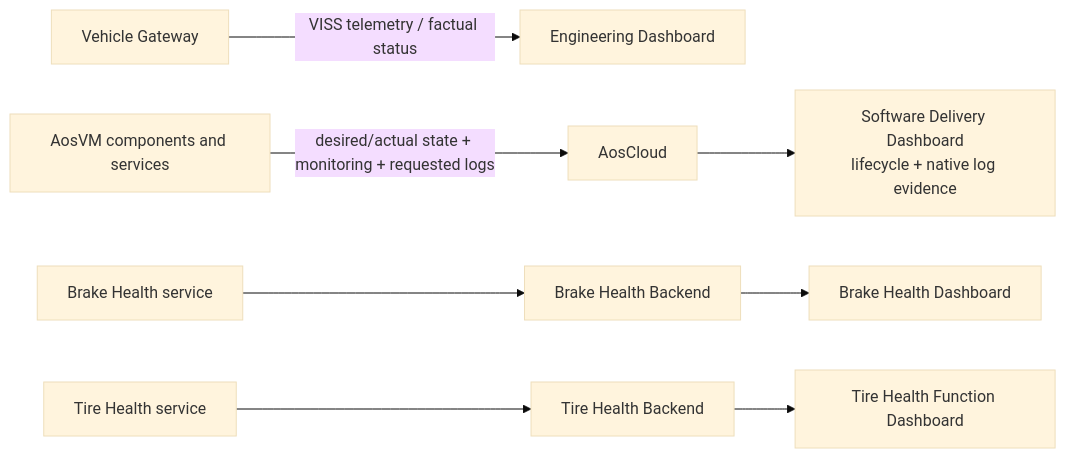
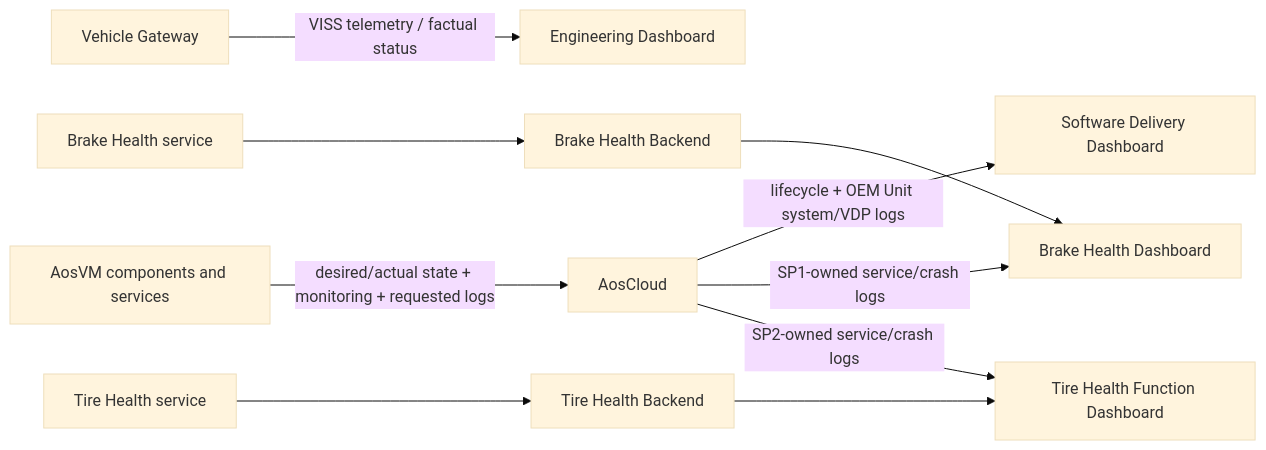
Diagram 20 of 22 in docs/architecture/demo-scenario-architecture-flows.md (alexmaninblack/aosedge-sdv-demo), drawn with Mermaid (base theme) before and after one commit. The commit also changed other lines of this file and 176 other files, not shown here.

````diff
--- a/docs/architecture/demo-scenario-architecture-flows.md
+++ b/docs/architecture/demo-scenario-architecture-flows.md
@@ -1215,8 +1389,10 @@
 ```mermaid
 flowchart LR
     GW["Vehicle Gateway"] -->|"VISS telemetry / factual status"| ENG["Engineering Dashboard"]
     UNIT["AosVM components and services"] -->|"desired/actual state + monitoring + requested logs"| AC["AosCloud"]
-    AC --> SW["Software Delivery Dashboard<br/>lifecycle + native log evidence"]
+    AC -->|"lifecycle + OEM Unit system/VDP logs"| SW["Software Delivery Dashboard"]
     BHS["Brake Health service"] --> BB["Brake Health Backend"] --> BD["Brake Health Dashboard"]
     TIRE["Tire Health service"] --> TB["Tire Health Backend"] --> TD["Tire Health Function Dashboard"]
+    AC -->|"SP1-owned service/crash logs"| BD
+    AC -->|"SP2-owned service/crash logs"| TD
 ```
````
